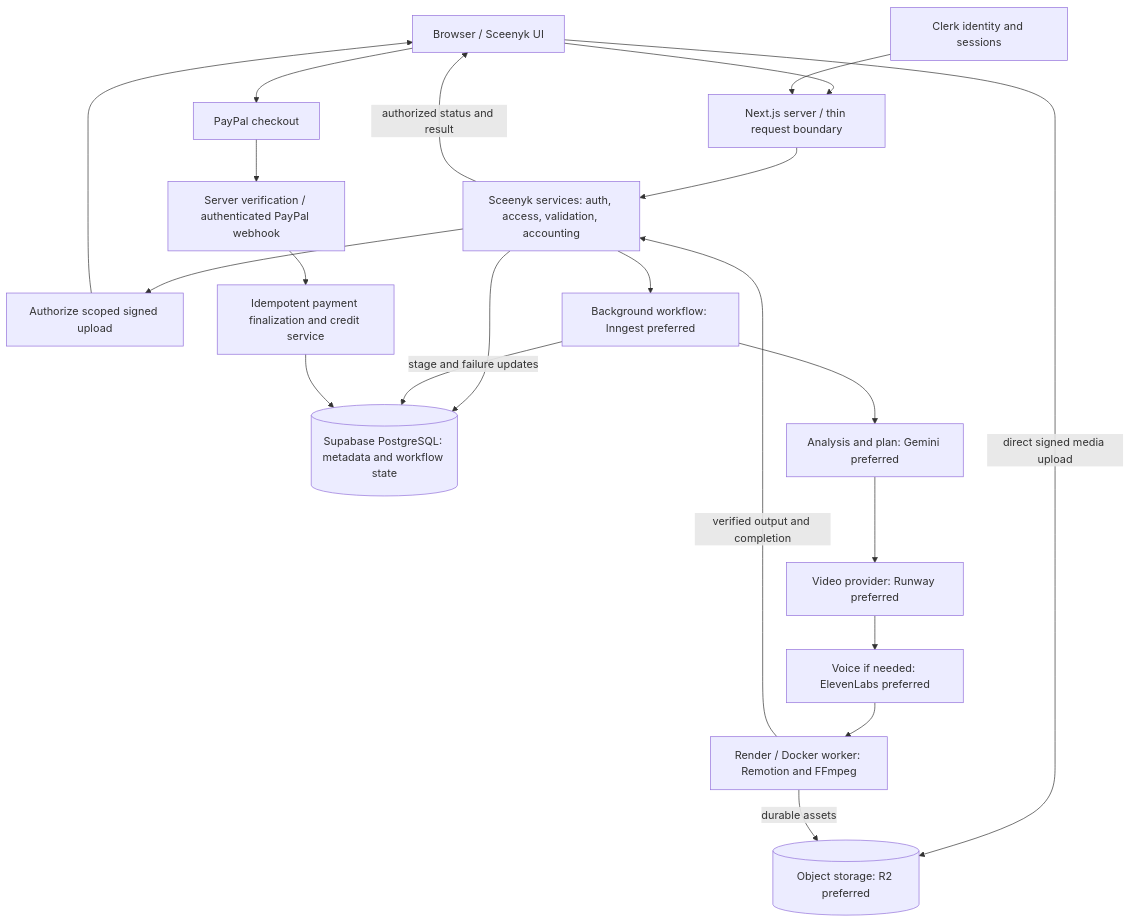
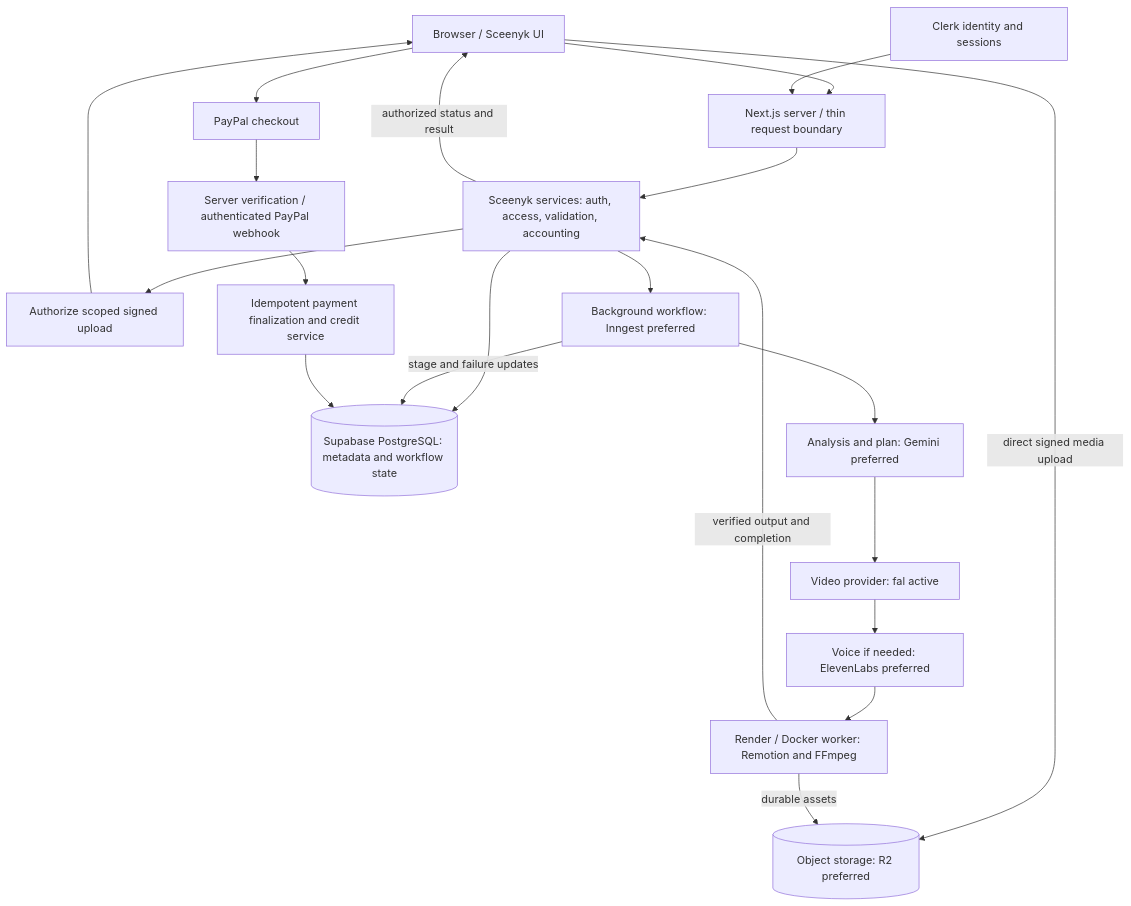
The diagram in context/architecture.md (lawrenceokim/sceenyk), drawn with Mermaid before and after one commit. The commit also changed other lines of this file and 25 other files, not shown here.

````diff
--- a/context/architecture.md
+++ b/context/architecture.md
@@ -280,23 +282,23 @@
 ```mermaid
 flowchart TD
   Browser[Browser / Sceenyk UI] --> Web[Next.js server / thin request boundary]
   Clerk[Clerk identity and sessions] --> Web
   Web --> Services[Sceenyk services: auth, access, validation, accounting]
   Services --> DB[(Supabase PostgreSQL: metadata and workflow state)]
   Services --> Upload[Authorize scoped signed upload]
   Upload --> Browser
   Browser -->|direct signed media upload| Storage[(Object storage: R2 preferred)]
   Services --> Workflow[Background workflow: Inngest preferred]
   Workflow --> Analysis[Analysis and plan: Gemini preferred]
-  Analysis --> Video[Video provider: Runway preferred]
+  Analysis --> Video[Video provider: fal active]
   Video --> Voice[Voice if needed: ElevenLabs preferred]
   Voice --> Worker[Render / Docker worker: Remotion and FFmpeg]
   Worker -->|durable assets| Storage
   Workflow -->|stage and failure updates| DB
   Worker -->|verified output and completion| Services
   Services -->|authorized status and result| Browser
   Browser --> Checkout[PayPal checkout]
   Checkout --> Verify[Server verification / authenticated PayPal webhook]
   Verify --> Finalize[Idempotent payment finalization and credit service]
   Finalize --> DB
 ```
````
